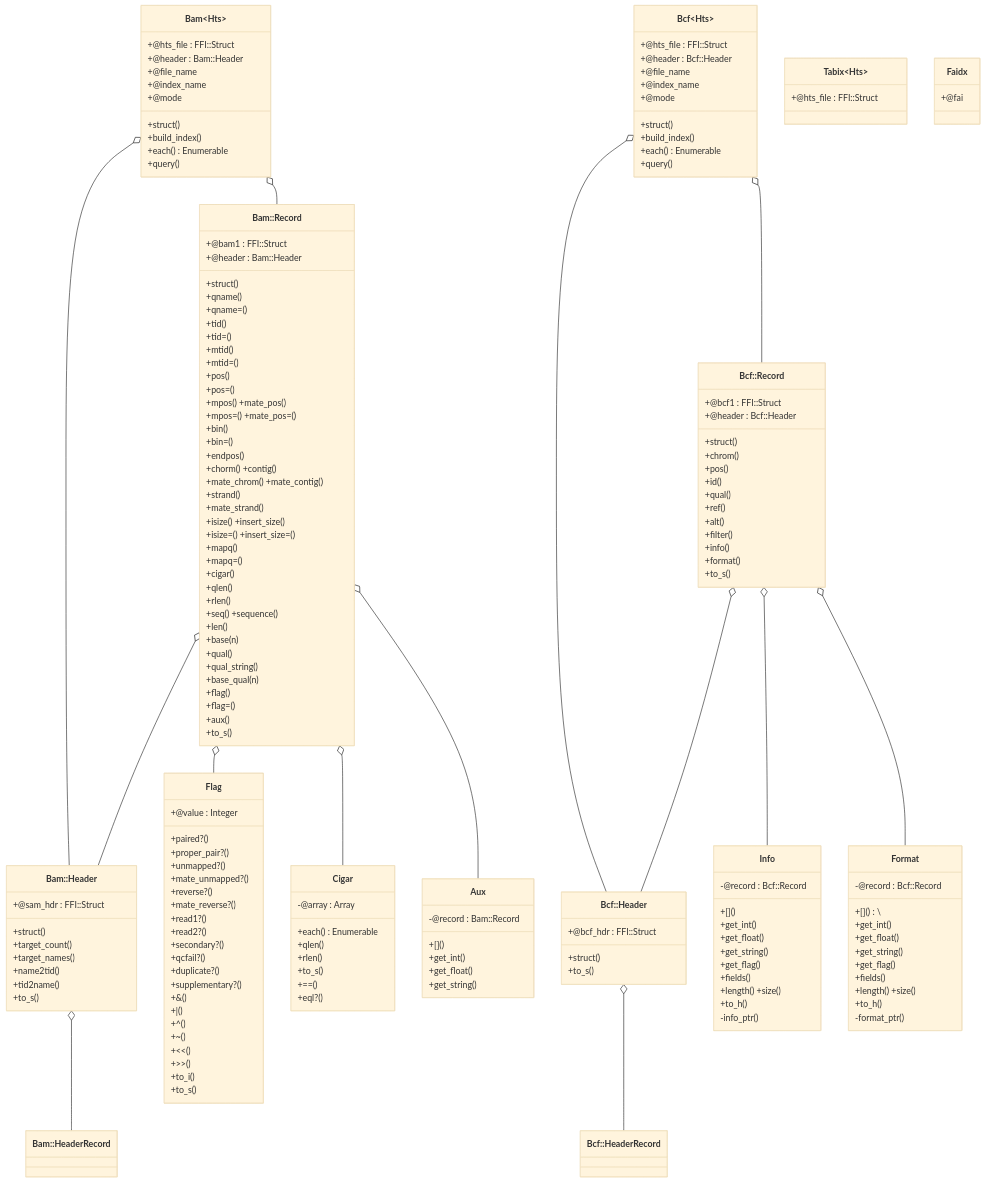
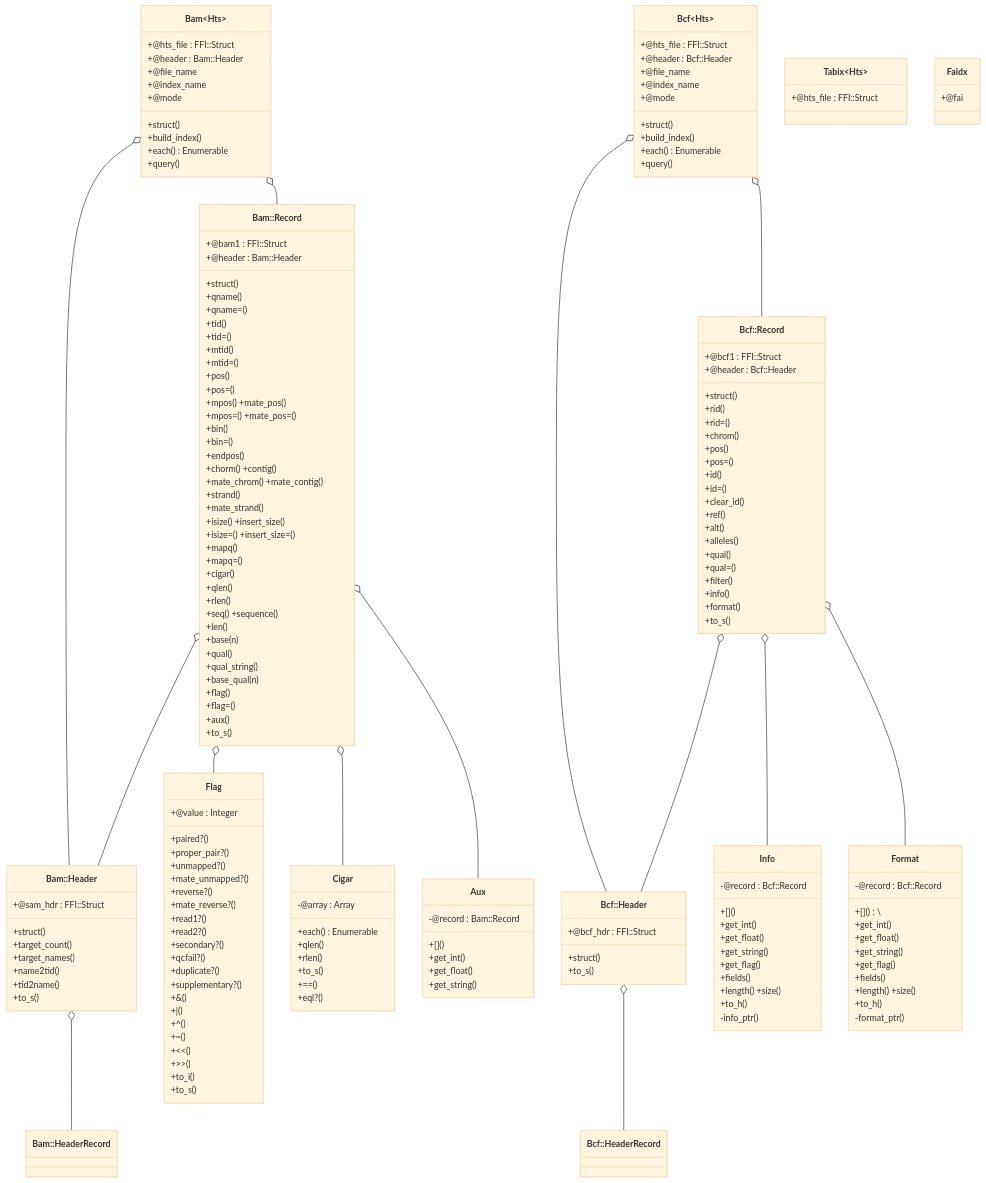
One commit to kojix2/ruby-htslib changed the diagram in TUTORIAL.md. Above: the diagram before and after it, drawn with Mermaid.

```diff
--- a/TUTORIAL.md
+++ b/TUTORIAL.md
@@ -105,12 +105,19 @@
   +@bcf1 : FFI::Struct
   +@header : Bcf::Header
   +struct()
+  +rid()
+  +rid=()
   +chrom()
   +pos()
+  +pos=()
   +id()
-  +qual()
+  +id=()
+  +clear_id()
   +ref()
   +alt()
+  +alleles()
+  +qual()
+  +qual=()
   +filter()
   +info()
   +format()
```
